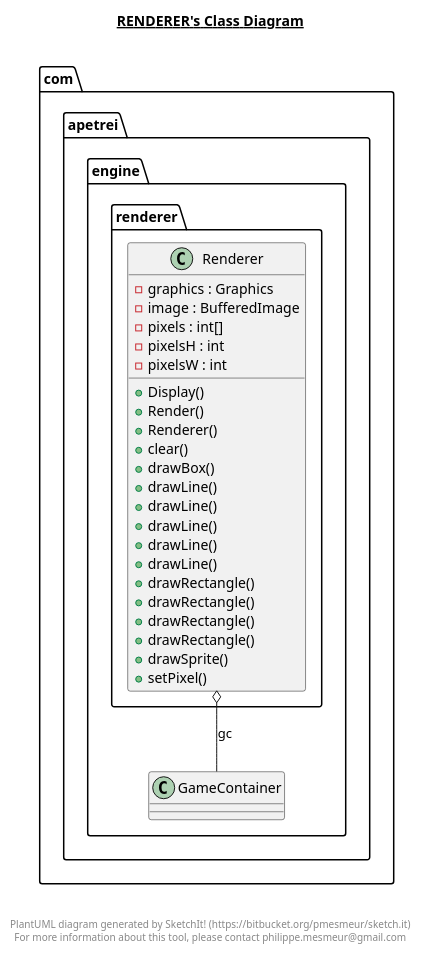
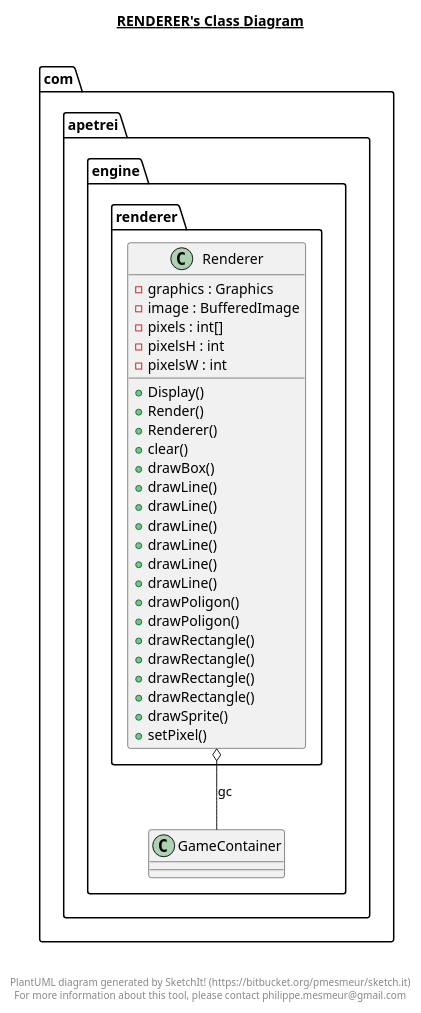
The diagram in src/com/apetrei/engine/renderer/renderer.plantuml (TheWiseWolfy/Wild-Sky), drawn with PlantUML before and after one commit. The commit also changed 38 other files, not shown here.

```diff
--- a/src/com/apetrei/engine/renderer/renderer.plantuml
+++ b/src/com/apetrei/engine/renderer/renderer.plantuml
@@ -1,44 +1,47 @@
 @startuml
 
 title __RENDERER's Class Diagram__\n
 
   namespace com.apetrei.engine {
     namespace renderer {
       class com.apetrei.engine.renderer.Renderer {
           - graphics : Graphics
           - image : BufferedImage
           - pixels : int[]
           - pixelsH : int
           - pixelsW : int
           + Display()
           + Render()
           + Renderer()
           + clear()
           + drawBox()
           + drawLine()
           + drawLine()
           + drawLine()
           + drawLine()
           + drawLine()
+          + drawLine()
+          + drawPoligon()
+          + drawPoligon()
           + drawRectangle()
           + drawRectangle()
           + drawRectangle()
           + drawRectangle()
           + drawSprite()
           + setPixel()
       }
     }
   }
   
 
   com.apetrei.engine.renderer.Renderer o-- com.apetrei.engine.GameContainer : gc
 
 
 right footer
 
 
 PlantUML diagram generated by SketchIt! (https://bitbucket.org/pmesmeur/sketch.it)
 For more information about this tool, please contact philippe.mesmeur@gmail.com
 endfooter
 
 @enduml
```
